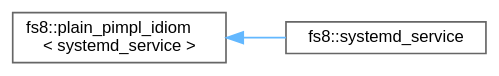
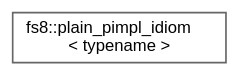
One commit to the-moisrex/foresight changed the diagram in api/inherit_graph_109.dot. Above: the diagram before and after it, drawn with Graphviz. The commit also changed 373 other files, not shown here.

```diff
--- a/api/inherit_graph_109.dot
+++ b/api/inherit_graph_109.dot
@@ -1,11 +1,9 @@
 digraph "Graphical Class Hierarchy"
 {
  // LATEX_PDF_SIZE
   bgcolor="transparent";
   edge [fontname=Helvetica,fontsize=10,labelfontname=Helvetica,labelfontsize=10];
   node [fontname=Helvetica,fontsize=10,shape=box,height=0.2,width=0.4];
   rankdir="LR";
-  Node0 [id="Node000000",label="fs8::plain_pimpl_idiom\l\< systemd_service \>",height=0.2,width=0.4,color="grey40", fillcolor="white", style="filled",URL="$structfs8_1_1plain__pimpl__idiom.html",tooltip=" "];
-  Node0 -> Node1 [id="edge137_Node000000_Node000001",dir="back",color="steelblue1",style="solid",tooltip=" "];
-  Node1 [id="Node000001",label="fs8::systemd_service",height=0.2,width=0.4,color="grey40", fillcolor="white", style="filled",URL="$structfs8_1_1systemd__service.html",tooltip=" "];
+  Node0 [id="Node000000",label="fs8::plain_pimpl_idiom\l\< typename \>",height=0.2,width=0.4,color="grey40", fillcolor="white", style="filled",URL="$structfs8_1_1plain__pimpl__idiom.html",tooltip=" "];
 }
```
